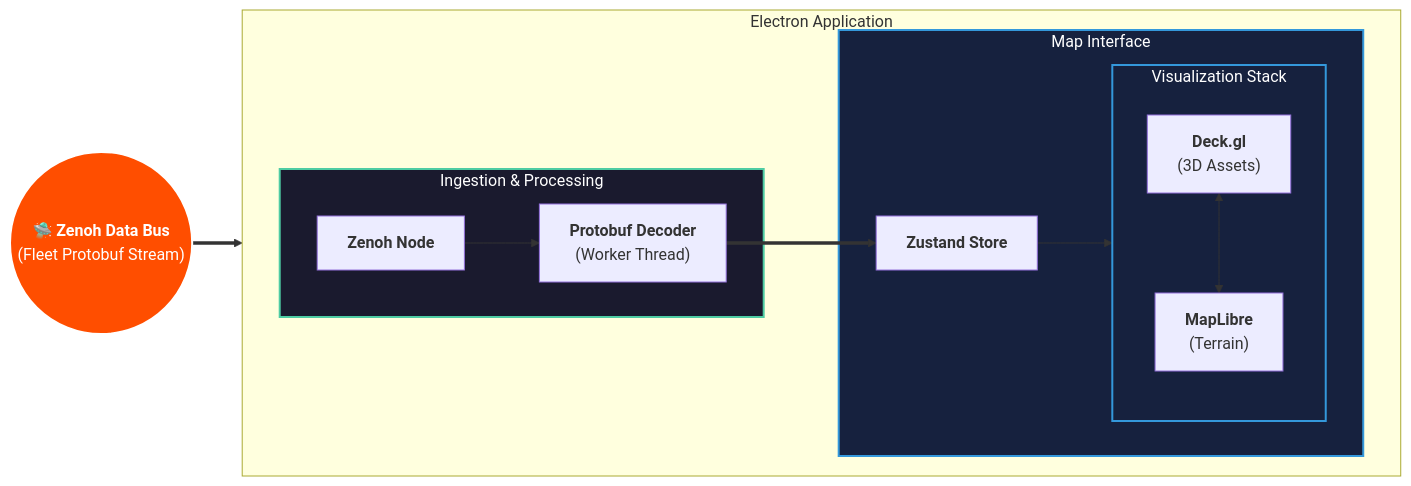
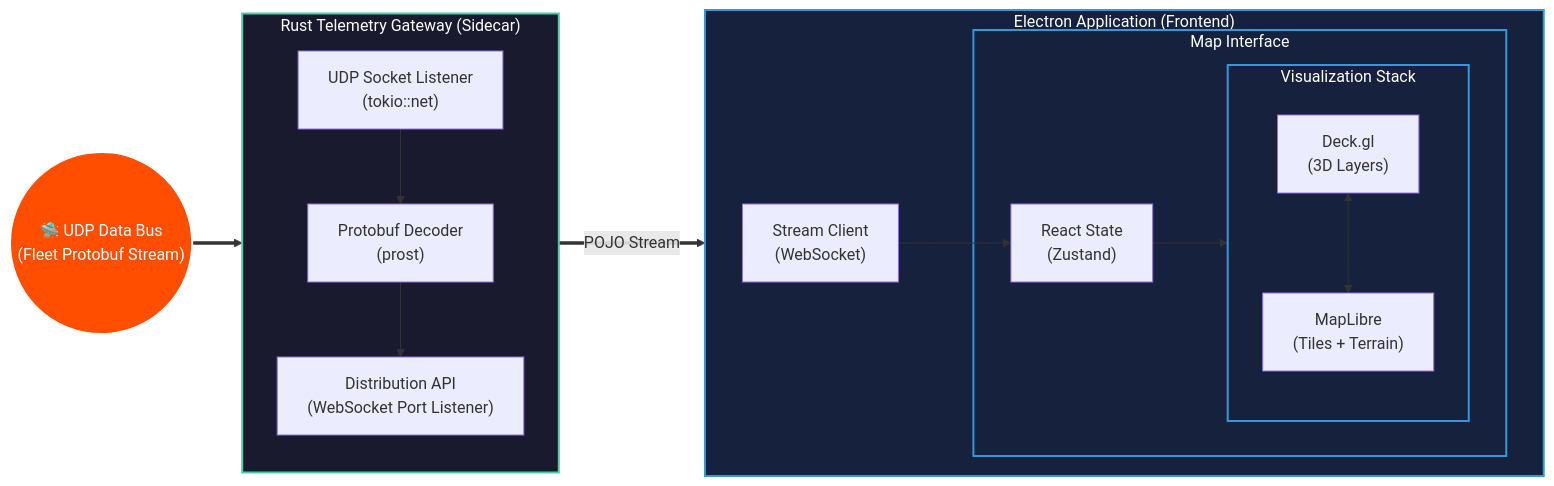
One commit to EthanMBoos/OpenC2 changed the diagram in README.md. Above: the diagram before and after it, drawn with Mermaid. The commit also changed other lines of this file, not shown here.

Commit message:
polished readme with current state of the code & updated roadmap

````diff
--- a/README.md
+++ b/README.md
@@ -21,44 +21,48 @@
 ```mermaid
 flowchart LR
     %% External Fleet
-    Fleet(("🛸 <b>Zenoh Data Bus</b><br/>(Fleet Protobuf Stream)"))
+    Fleet(("🛸 UDP Data Bus<br/>(Fleet Protobuf Stream)"))
 
-    subgraph Electron ["Electron Application"]
+    %% Headless Data Gateway (Rust)
+    subgraph RustGateway ["Rust Telemetry Gateway (Sidecar)"]
+        direction TB
+        UDP_Node["UDP Socket Listener<br/>(tokio::net)"]
+        Decoder["Protobuf Decoder<br/>(prost)"]
+        WsServer["Distribution API<br/>(WebSocket Port Listener)"]
+        
+        UDP_Node --> Decoder --> WsServer
+    end
+
+    %% Main C2 Client
+    subgraph Electron ["Electron Application (Frontend)"]
         direction LR
+        WsClient["Stream Client<br/>(WebSocket)"]
 
-        %% Data Handling
-        subgraph Pipeline ["Ingestion & Processing"]
-            Z_Node["<b>Zenoh Node</b>"]
-            Decoder["<b>Protobuf Decoder</b><br/>(Worker Thread)"]
-            
-            Z_Node --> Decoder
-        end
-
-        %% Visualization
         subgraph UI ["Map Interface"]
-            State["<b>Zustand Store</b>"]
+            State["React State<br/>(Zustand)"]
             
             subgraph Map ["Visualization Stack"]
                 direction TB
-                Deck["<b>Deck.gl</b><br/>(3D Assets)"]
-                MapLibre["<b>MapLibre</b><br/>(Terrain)"]
+                Deck["Deck.gl<br/>(3D Layers)"]
+                MapLibre["MapLibre<br/>(Tiles + Terrain)"]
             end
             
             State --> Deck
             Deck <--> MapLibre
         end
+        WsClient --> State
     end
 
-    %% Main Connection
-    Fleet ==> Z_Node
-    Decoder ==> State
+    %% Connections
+    Fleet ==> UDP_Node
+    WsServer == "POJO Stream" ==> WsClient
 
     %% Styling
     classDef bus fill:#ff4e00,stroke:#fff,stroke-width:2px,color:#fff;
-    classDef pipe fill:#1a1a2e,stroke:#4ecca3,stroke-width:2px,color:#fff;
+    classDef backend fill:#1a1a2e,stroke:#4ecca3,stroke-width:2px,color:#fff;
     classDef ui fill:#16213e,stroke:#3498db,stroke-width:2px,color:#fff;
 
     class Fleet bus;
-    class Pipeline pipe;
-    class UI,Map ui;
+    class RustGateway backend;
+    class Electron,UI,Map ui;
 ```
````
